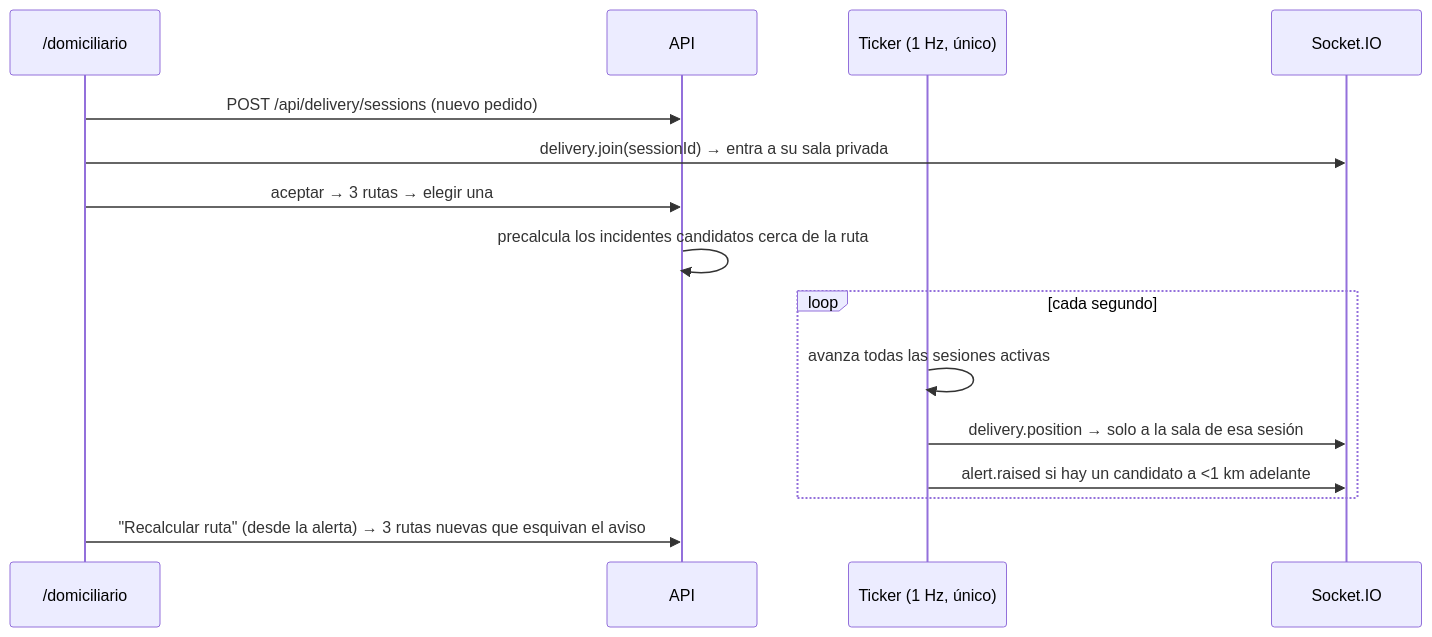
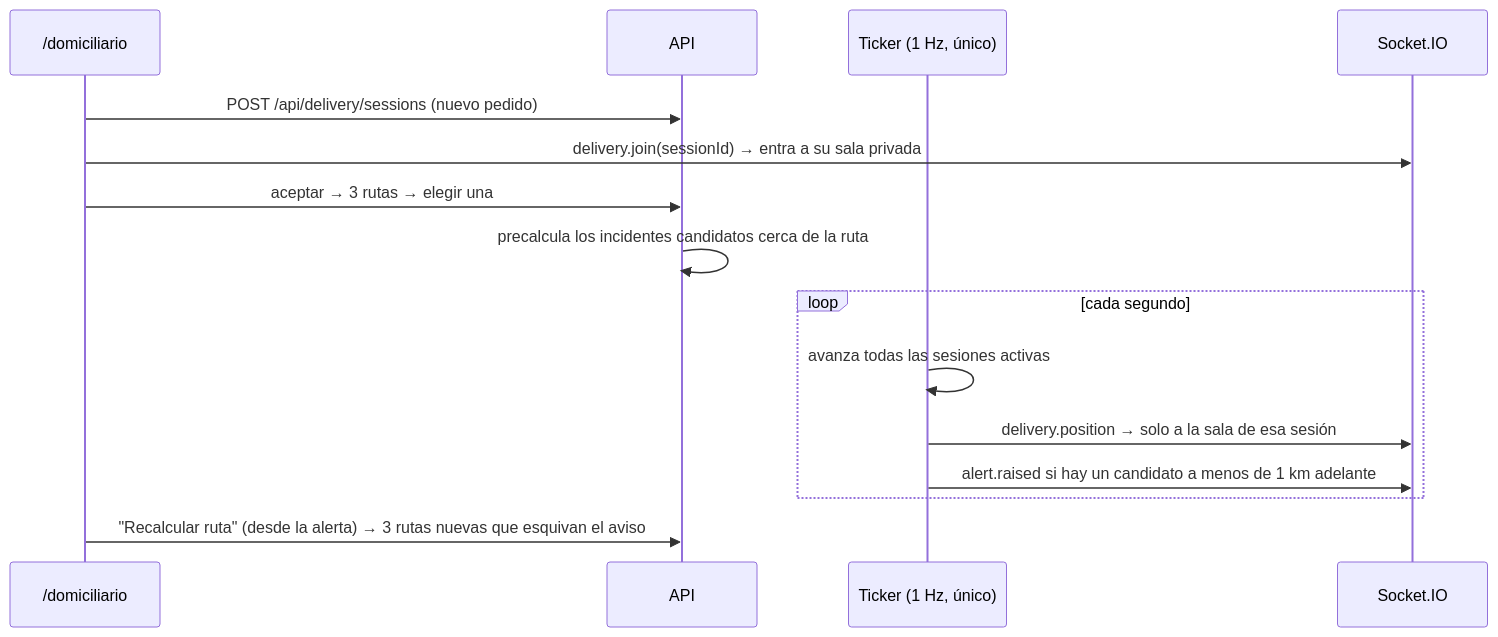
The third of 3 diagrams in README.md (ThomasJuti/UrbanSafeApp), drawn with Mermaid before and after one commit. The commit also changed other lines of this file, not shown here.

Commit message:
docs: arreglar los diagramas Mermaid del README

````diff
--- a/README.md
+++ b/README.md
@@ -173,18 +173,18 @@
 ```mermaid
 sequenceDiagram
   participant W as /domiciliario
   participant A as API
   participant T as Ticker (1 Hz, único)
   participant S as Socket.IO
 
   W->>A: POST /api/delivery/sessions (nuevo pedido)
   W->>S: delivery.join(sessionId) → entra a su sala privada
   W->>A: aceptar → 3 rutas → elegir una
   A->>A: precalcula los incidentes candidatos cerca de la ruta
   loop cada segundo
     T->>T: avanza todas las sesiones activas
     T->>S: delivery.position → solo a la sala de esa sesión
-    T->>S: alert.raised si hay un candidato a <1 km adelante
+    T->>S: alert.raised si hay un candidato a menos de 1 km adelante
   end
   W->>A: "Recalcular ruta" (desde la alerta) → 3 rutas nuevas que esquivan el aviso
 ```
````
